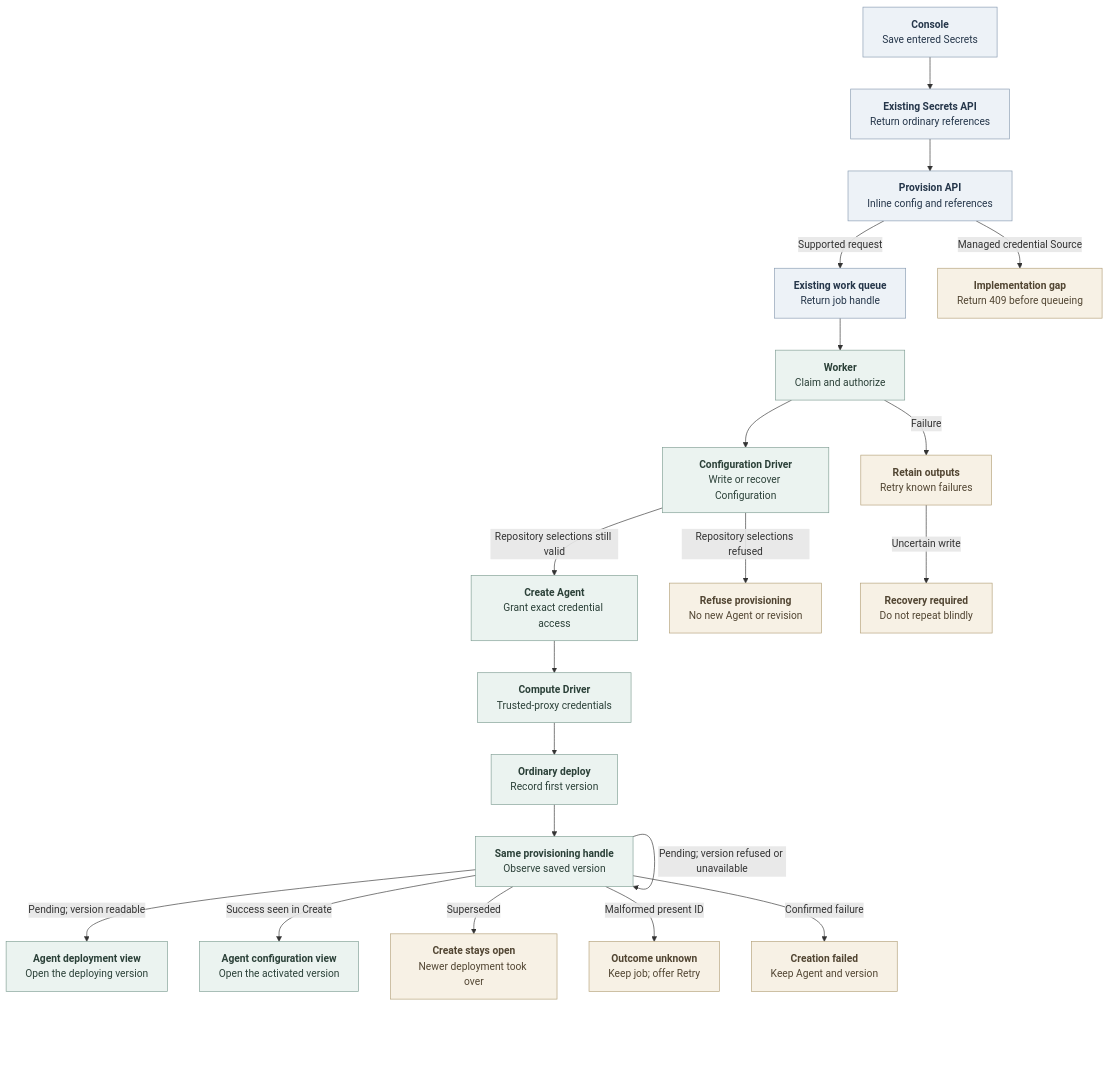
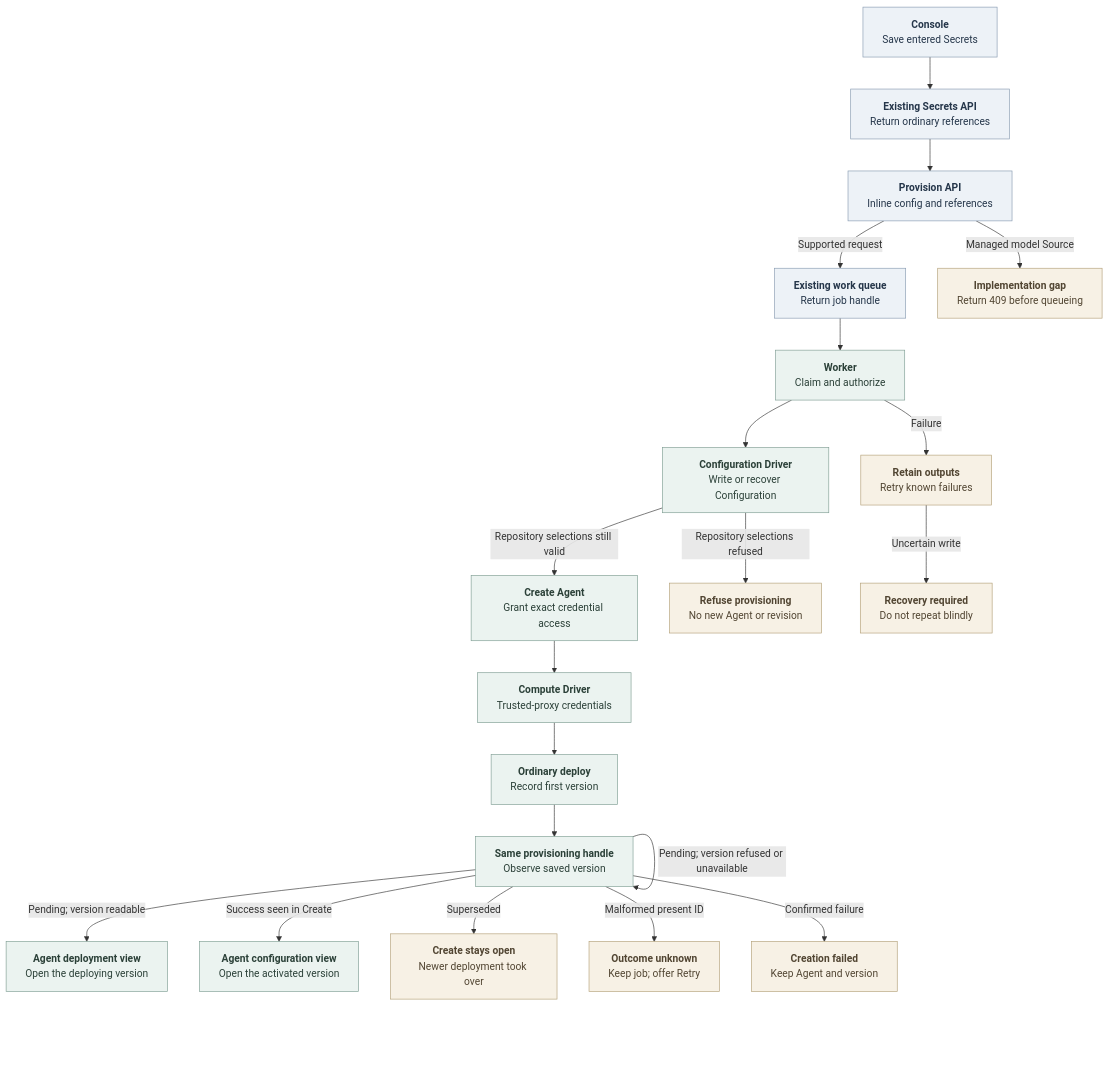
Before and after one commit to openclaw/openclaw-enterprise: the diagram in docs/flows/agent-provisioning.md, drawn with Mermaid. The commit also changed other lines of this file and 32 other files, not shown here.

````diff
--- a/docs/flows/agent-provisioning.md
+++ b/docs/flows/agent-provisioning.md
@@ -22,29 +22,29 @@
 ```mermaid
 graph TD
   Console["<b>Console</b><br/>Save entered Secrets"] --> Secrets["<b>Existing Secrets API</b><br/>Return ordinary references"]
   Secrets --> API["<b>Provision API</b><br/>Inline config and references"]
   API -->|Supported request| Queue["<b>Existing work queue</b><br/>Return job handle"]
-  API -->|Managed credential Source| Gap["<b>Implementation gap</b><br/>Return 409 before queueing"]
+  API -->|Managed model Source| Gap["<b>Implementation gap</b><br/>Return 409 before queueing"]
   Queue --> Claim["<b>Worker</b><br/>Claim and authorize"]
   Claim --> Config["<b>Configuration Driver</b><br/>Write or recover Configuration"]
   Config -->|Repository selections still valid| Agent["<b>Create Agent</b><br/>Grant exact credential access"]
   Config -->|Repository selections refused| RepoRefused["<b>Refuse provisioning</b><br/>No new Agent or revision"]
   Agent --> Transport["<b>Compute Driver</b><br/>Trusted-proxy credentials"]
   Transport --> Deploy["<b>Ordinary deploy</b><br/>Record first version"]
   Deploy --> Observe["<b>Same provisioning handle</b><br/>Observe saved version"]
   Observe -->|Pending; version readable| UI["<b>Agent deployment view</b><br/>Open the deploying version"]
   Observe -->|Pending; version refused or unavailable| Observe
   Observe -->|Success seen in Create| Settings["<b>Agent configuration view</b><br/>Open the activated version"]
   Observe -->|Superseded| Superseded["<b>Create stays open</b><br/>Newer deployment took over"]
   Observe -->|Malformed present ID| Unknown["<b>Outcome unknown</b><br/>Keep job; offer Retry"]
   Observe -->|Confirmed failure| Terminal["<b>Creation failed</b><br/>Keep Agent and version"]
   Claim -->|Failure| Failed["<b>Retain outputs</b><br/>Retry known failures"]
   Failed -->|Uncertain write| Recovery["<b>Recovery required</b><br/>Do not repeat blindly"]
 
   classDef state fill:#EDF2F7,stroke:#879AB0,color:#25364A,stroke-width:1px
   classDef operation fill:#EBF3F0,stroke:#7F9D93,color:#2B4038,stroke-width:1px
   classDef condition fill:#F7F1E5,stroke:#B3A078,color:#514532,stroke-width:1px
   class Console,Secrets,API,Queue state
   class Claim,Config,Agent,Transport,Deploy,Observe,UI,Settings operation
   class Failed,Recovery,Terminal,Superseded,RepoRefused,Unknown,Gap condition
 ```
````
